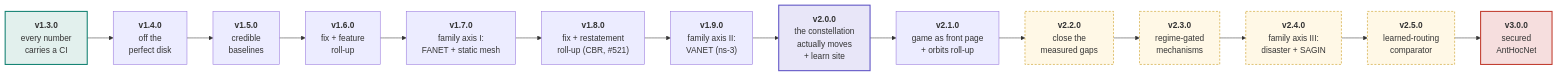
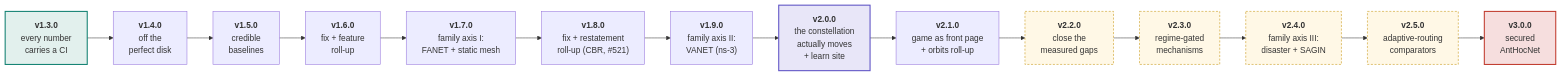
One commit to danieljoppi/AntHocNet changed the first of 2 diagrams in docs/roadmap.md. Above: the diagram before and after it, drawn with Mermaid. The commit also changed other lines of this file and 1 other file, not shown here.

First line of the commit message:
docs(roadmap): widen v2.5.0 to adaptive-routing comparators (ARA, Termite, learned)

````diff
--- a/docs/roadmap.md
+++ b/docs/roadmap.md
@@ -44,27 +44,27 @@
 ```mermaid
 flowchart LR
     V13["<b>v1.3.0</b><br/>every number<br/>carries a CI"]
     V14["<b>v1.4.0</b><br/>off the<br/>perfect disk"]
     V15["<b>v1.5.0</b><br/>credible<br/>baselines"]
     V16["<b>v1.6.0</b><br/>fix + feature<br/>roll-up"]
     V17["<b>v1.7.0</b><br/>family axis I:<br/>FANET + static mesh"]
     V18["<b>v1.8.0</b><br/>fix + restatement<br/>roll-up (CBR, #521)"]
     V19["<b>v1.9.0</b><br/>family axis II:<br/>VANET (ns-3)"]
     V20["<b>v2.0.0</b><br/>the constellation<br/>actually moves<br/>+ learn site"]
     V21["<b>v2.1.0</b><br/>game as front page<br/>+ orbits roll-up"]
     V22["<b>v2.2.0</b><br/>close the<br/>measured gaps"]
     V23["<b>v2.3.0</b><br/>regime-gated<br/>mechanisms"]
     V24["<b>v2.4.0</b><br/>family axis III:<br/>disaster + SAGIN"]
-    V25["<b>v2.5.0</b><br/>learned-routing<br/>comparator"]
+    V25["<b>v2.5.0</b><br/>adaptive-routing<br/>comparators"]
     V30["<b>v3.0.0</b><br/>secured<br/>AntHocNet"]
 
     V13 --> V14 --> V15 --> V16 --> V17 --> V18 --> V19 --> V20 --> V21 --> V22 --> V23 --> V24 --> V25 --> V30
 
     style V13 fill:#e2f0ed,stroke:#0f7f70,stroke-width:2px
     style V20 fill:#e8e6f8,stroke:#5b4fc4,stroke-width:2px
     style V22 fill:#fff8e6,stroke:#c48f00,stroke-dasharray:4 3
     style V23 fill:#fff8e6,stroke:#c48f00,stroke-dasharray:4 3
     style V24 fill:#fff8e6,stroke:#c48f00,stroke-dasharray:4 3
     style V25 fill:#fff8e6,stroke:#c48f00,stroke-dasharray:4 3
     style V30 fill:#f6dede,stroke:#c0392b,stroke-width:2px
 ```
````
